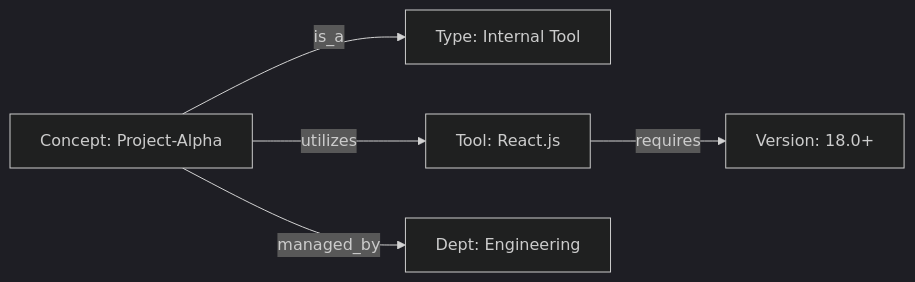
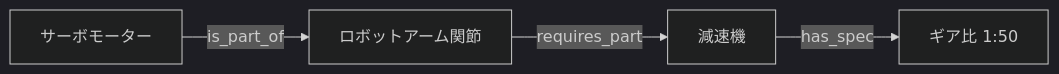
One commit to kawadone121/genai-research changed the second of 3 diagrams in README.md. Above: the diagram before and after it, drawn with Mermaid (dark theme). The commit also changed other lines of this file, not shown here.

Commit message:
docs: Update project description and instructions in README.md.

````diff
--- a/README.md
+++ b/README.md
@@ -68,7 +78,6 @@
 ```mermaid
 graph LR
-    C1[Concept: Project-Alpha] -- is_a --> C2[Type: Internal Tool]
-    C1 -- utilizes --> T1[Tool: React.js]
-    T1 -- requires --> V1[Version: 18.0+]
-    C1 -- managed_by --> D1[Dept: Engineering]
+    E1[サーボモーター] -- is_part_of --> E2[ロボットアーム関節]
+    E2 -- requires_part --> E3[減速機]
+    E3 -- has_spec --> E4[ギア比 1:50]
 ```
````
